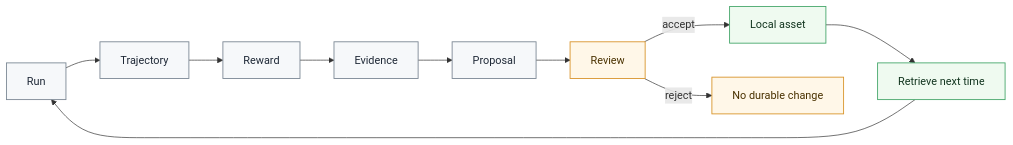
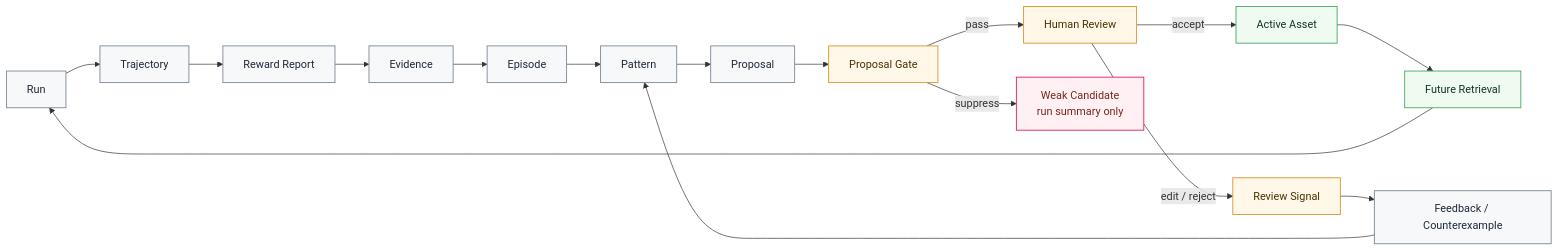
The second of 3 diagrams in README.md (Praxile-Alpha/Praxile), drawn with Mermaid before and after one commit. The commit also changed other lines of this file and 2 other files, not shown here.

Commit message:
docs: update READMEs and add ARCHITECTURE_DIAGRAMS.md

````diff
--- a/README.md
+++ b/README.md
@@ -178,11 +114,18 @@
 ```mermaid
 flowchart LR
     classDef step fill:#F6F8FA,stroke:#7B8794,color:#1F2937,stroke-width:1.3px;
-    classDef review fill:#FFF7E8,stroke:#D8942A,color:#4A3200,stroke-width:1.3px;
+    classDef gate fill:#FFF7E8,stroke:#D8942A,color:#4A3200,stroke-width:1.3px;
     classDef asset fill:#EFFAF0,stroke:#45A66A,color:#12351F,stroke-width:1.3px;
+    classDef weak fill:#FFF1F3,stroke:#E31B54,color:#7A271A,stroke-width:1.3px;
 
-    A["Run"]:::step --> B["Trajectory"]:::step --> C["Reward"]:::step --> D["Evidence"]:::step --> E["Proposal"]:::step --> F["Review"]:::review
-    F -->|accept| G["Local asset"]:::asset
-    F -->|reject| H["No durable change"]:::review
-    G --> I["Retrieve next time"]:::asset --> A
+    A["Run"]:::step --> B["Trajectory"]:::step --> C["Reward Report"]:::step --> D["Evidence"]:::step --> E["Episode"]:::step --> F["Pattern"]:::step --> G["Proposal"]:::step
+    G --> H["Proposal Gate"]:::gate
+    H -->|pass| I["Human Review"]:::gate
+    H -->|suppress| W["Weak Candidate<br/>run summary only"]:::weak
+    I -->|accept| J["Active Asset"]:::asset
+    I -->|edit / reject| K["Review Signal"]:::gate
+    J --> L["Future Retrieval"]:::asset
+    K --> M["Feedback / Counterexample"]:::step
+    L --> A
+    M --> F
 ```
````
